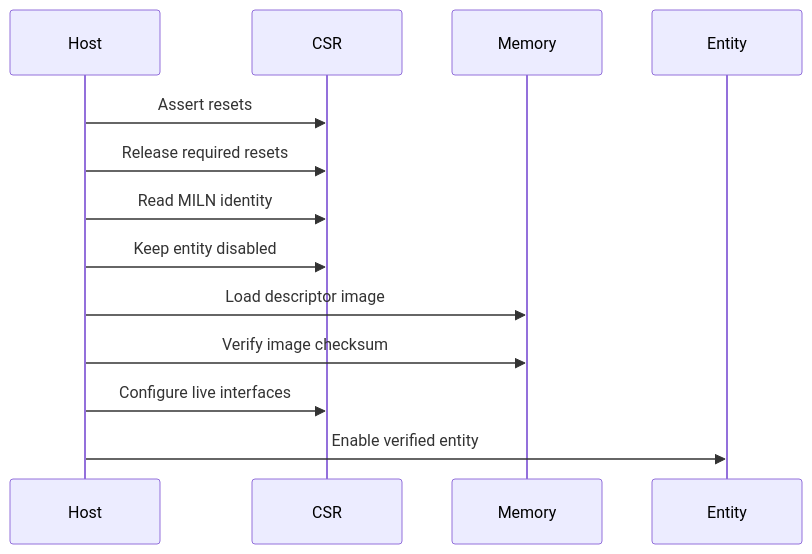
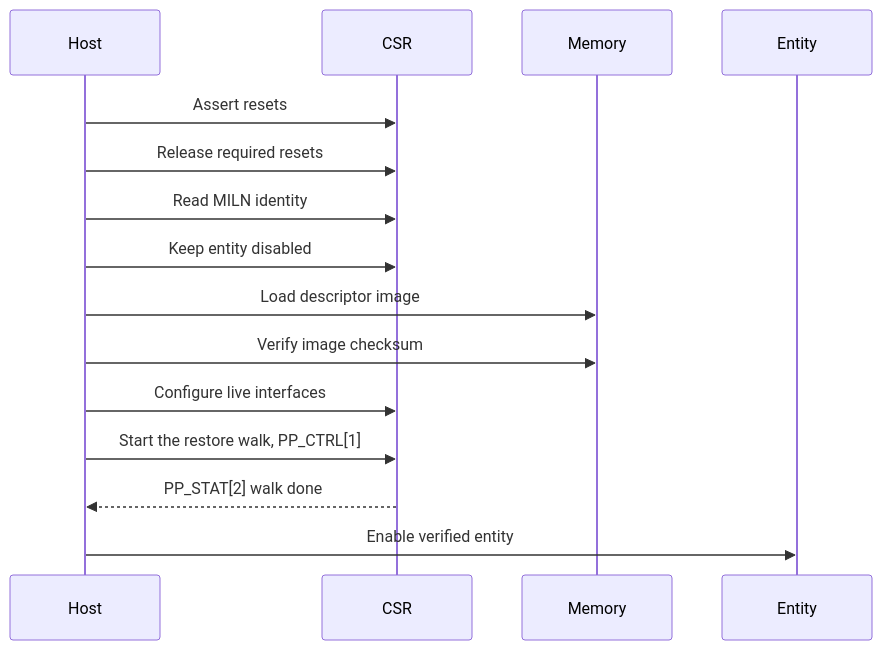
Before and after one commit to kebag-logic/milan-fpga: the second of 2 diagrams in docs/integration/INTEGRATION_GUIDE.md, drawn with Mermaid. The commit also changed other lines of this file and 8 other files, not shown here.

Commit message:
Document the processor-owned GET_STREAM_INFO fields and the per-boot restore walk

````diff
--- a/docs/integration/INTEGRATION_GUIDE.md
+++ b/docs/integration/INTEGRATION_GUIDE.md
@@ -123,15 +132,17 @@
 ```mermaid
 sequenceDiagram
     participant Host
     participant CSR
     participant Memory
     participant Entity
     Host->>CSR: Assert resets
     Host->>CSR: Release required resets
     Host->>CSR: Read MILN identity
     Host->>CSR: Keep entity disabled
     Host->>Memory: Load descriptor image
     Host->>Memory: Verify image checksum
     Host->>CSR: Configure live interfaces
+    Host->>CSR: Start the restore walk, PP_CTRL[1]
+    CSR-->>Host: PP_STAT[2] walk done
     Host->>Entity: Enable verified entity
 ```
````
